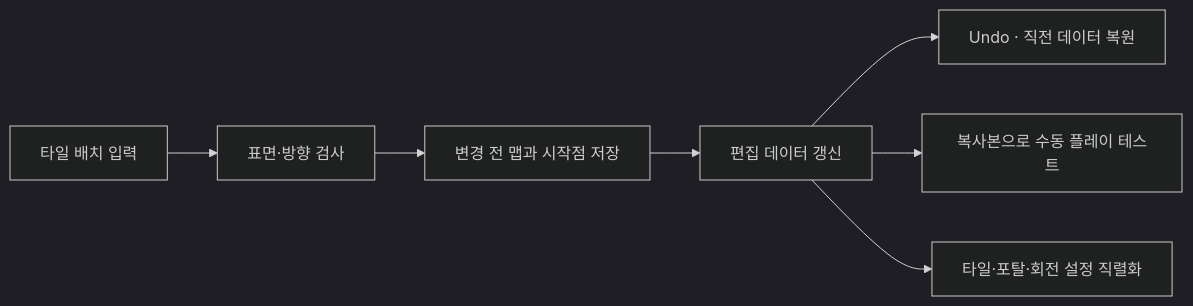
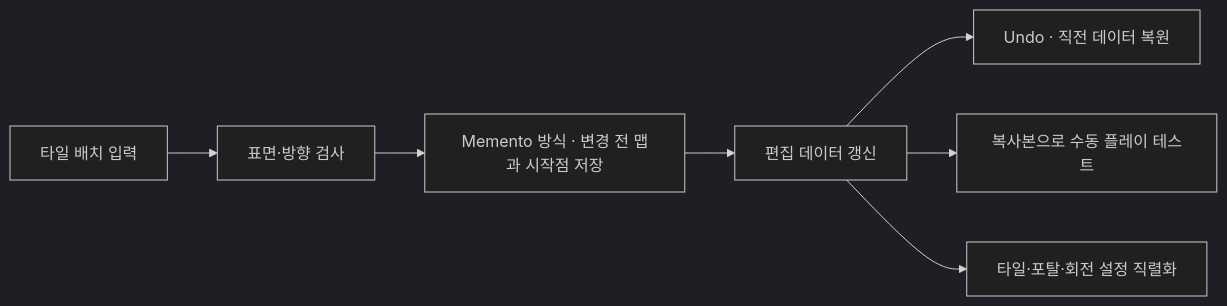
One commit to 1Seong/EulerianAurora changed the diagram in portfolio/map-generation/README.md. Above: the diagram before and after it, drawn with Mermaid (dark theme). The commit also changed other lines of this file and 4 other files, not shown here.

````diff
--- a/portfolio/map-generation/README.md
+++ b/portfolio/map-generation/README.md
@@ -7,9 +7,9 @@
 ```mermaid
 flowchart LR
   A["타일 배치 입력"] --> B["표면·방향 검사"]
-  B --> C["변경 전 맵과 시작점 저장"]
+  B --> C["Memento 방식 · 변경 전 맵과 시작점 저장"]
   C --> D["편집 데이터 갱신"]
   D --> E["Undo · 직전 데이터 복원"]
   D --> F["복사본으로 수동 플레이 테스트"]
   D --> G["타일·포탈·회전 설정 직렬화"]
 ```
````
